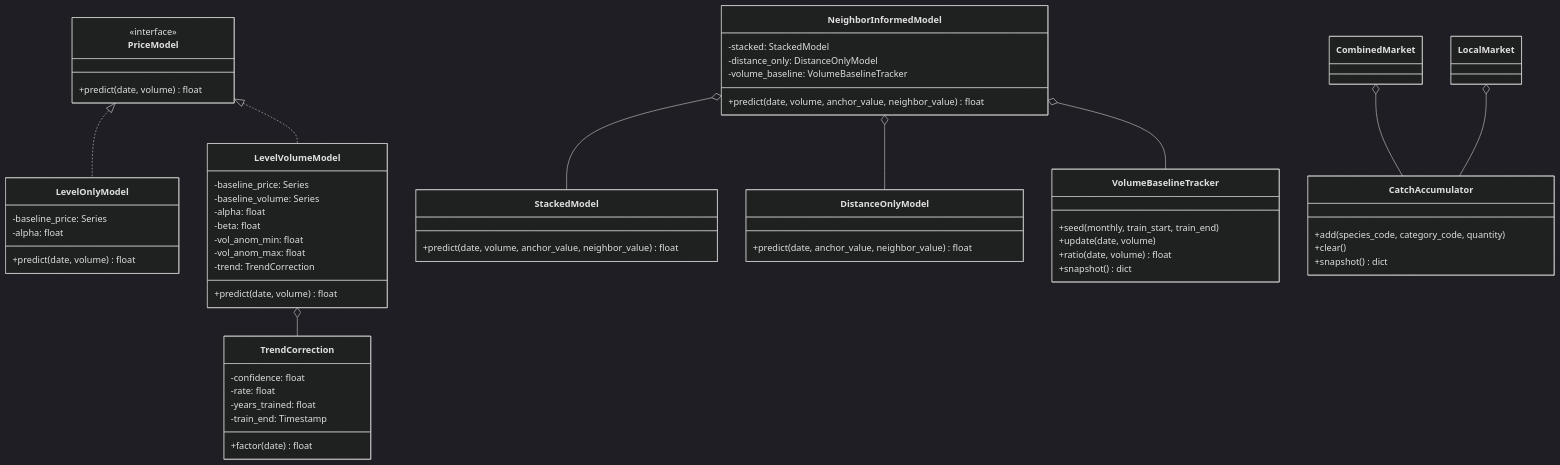
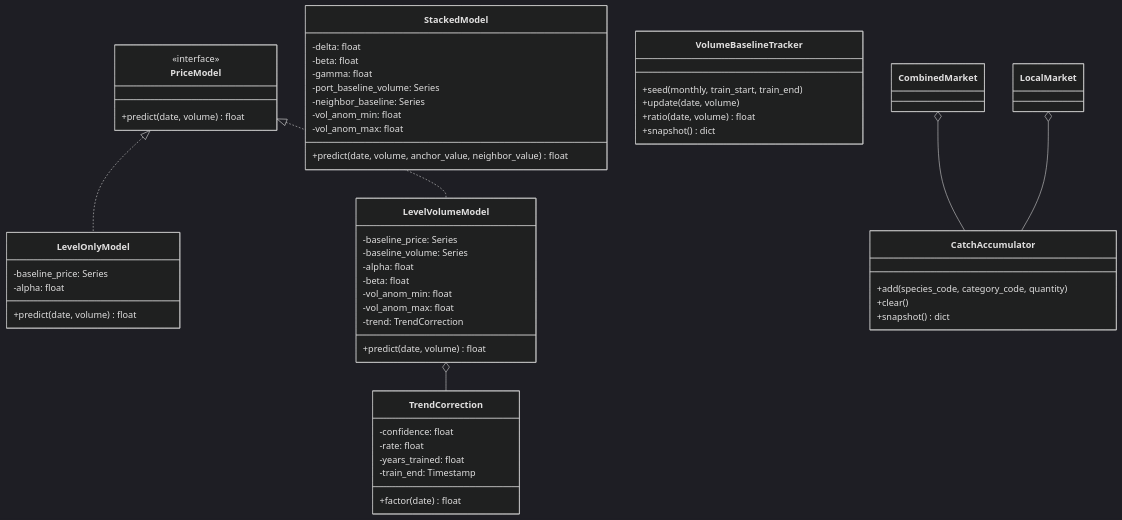
The third of 3 diagrams in src/models/market/ARCHITECTURE.md (SURIMI-Project/SURIMI-market), drawn with Mermaid (dark theme) before and after one commit. The commit also changed other lines of this file, not shown here.

First line of the commit message:
docs: reconcile ARCHITECTURE.md with the full simplification pass

````diff
--- a/src/models/market/ARCHITECTURE.md
+++ b/src/models/market/ARCHITECTURE.md
@@ -329,70 +376,64 @@
 ```mermaid
 classDiagram
     class PriceModel {
         <<interface>>
         %% already implemented, Phase C1
         +predict(date, volume) float
     }
     class LevelOnlyModel {
         %% already implemented, Phase C1
         -baseline_price: Series
         -alpha: float
         +predict(date, volume) float
     }
     class LevelVolumeModel {
         %% already implemented, Phase C1
         -baseline_price: Series
         -baseline_volume: Series
         -alpha: float
         -beta: float
         -vol_anom_min: float
         -vol_anom_max: float
         -trend: TrendCorrection
         +predict(date, volume) float
     }
     class TrendCorrection {
         %% already implemented, Phase C1
         -confidence: float
         -rate: float
         -years_trained: float
         -train_end: Timestamp
         +factor(date) float
     }
-    class NeighborInformedModel {
-        %% already implemented, Phase C3
-        -stacked: StackedModel
-        -distance_only: DistanceOnlyModel
-        -volume_baseline: VolumeBaselineTracker
+    class StackedModel {
+        %% implemented Phase C3, reshaped in Stage 7+8 (NeighborInformedModel
+        %% and DistanceOnlyModel removed entirely -- see §3.3/§6)
+        -delta: float
+        -beta: float
+        -gamma: float
+        -port_baseline_volume: Series
+        -neighbor_baseline: Series
+        -vol_anom_min: float
+        -vol_anom_max: float
         +predict(date, volume, anchor_value, neighbor_value) float
-    }
-    class StackedModel {
-        %% already implemented, Phase C3
-        +predict(date, volume, anchor_value, neighbor_value) float
-    }
-    class DistanceOnlyModel {
-        %% already implemented, Phase C3
-        +predict(date, anchor_value, neighbor_value) float
     }
     class VolumeBaselineTracker {
         %% already implemented, Phase C2
         +seed(monthly, train_start, train_end)
         +update(date, volume)
         +ratio(date, volume) float
         +snapshot() dict
     }
     class CatchAccumulator {
         %% already implemented, Phase A
         +add(species_code, category_code, quantity)
         +clear()
         +snapshot() dict
     }
 
     PriceModel <|.. LevelOnlyModel
     PriceModel <|.. LevelVolumeModel
     LevelVolumeModel o-- TrendCorrection
-    NeighborInformedModel o-- StackedModel
-    NeighborInformedModel o-- DistanceOnlyModel
-    NeighborInformedModel o-- VolumeBaselineTracker
     CombinedMarket o-- CatchAccumulator
     LocalMarket o-- CatchAccumulator
 ```
````
